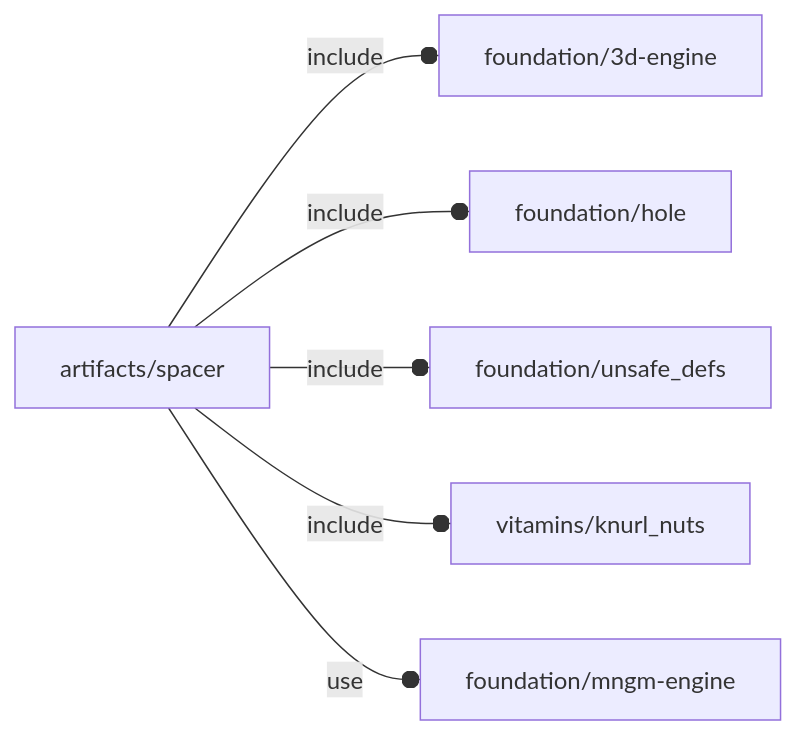
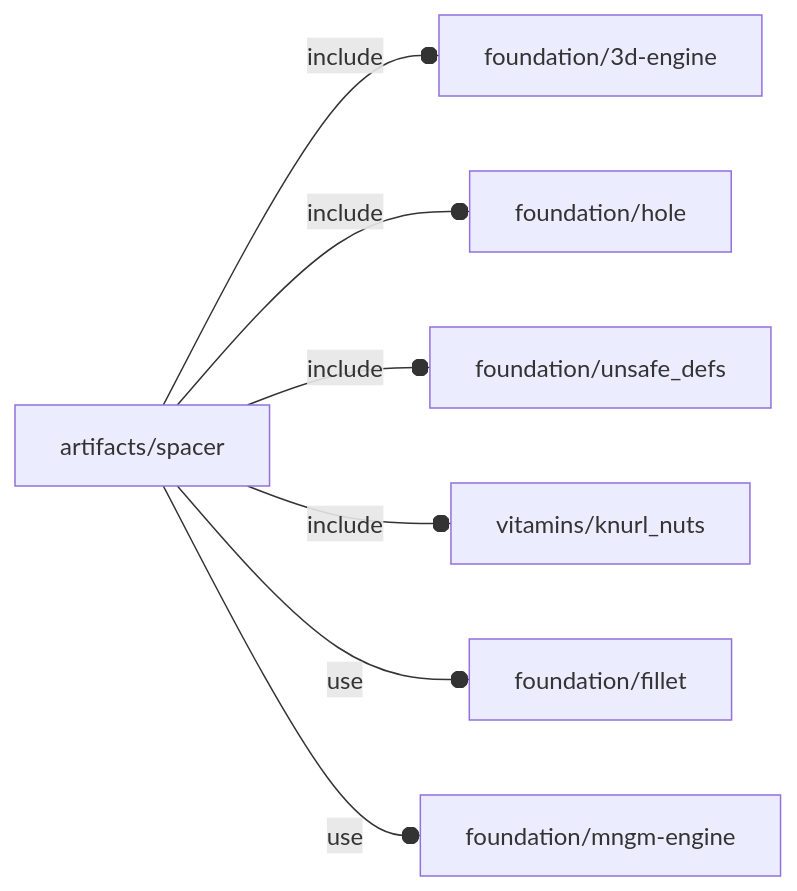
Before and after one commit to ggabbiani/OFL: the diagram in orthodocs/artifacts/spacer.md, drawn with Mermaid. The commit also changed other lines of this file and 16 other files, not shown here.

````diff
--- a/orthodocs/artifacts/spacer.md
+++ b/orthodocs/artifacts/spacer.md
@@ -5,8 +5,9 @@
 ```mermaid
 graph LR
     A1[artifacts/spacer] --o|include| A2[foundation/3d-engine]
     A1 --o|include| A3[foundation/hole]
     A1 --o|include| A4[foundation/unsafe_defs]
     A1 --o|include| A5[vitamins/knurl_nuts]
-    A1 --o|use| A6[foundation/mngm-engine]
+    A1 --o|use| A6[foundation/fillet]
+    A1 --o|use| A7[foundation/mngm-engine]
 ```
````
